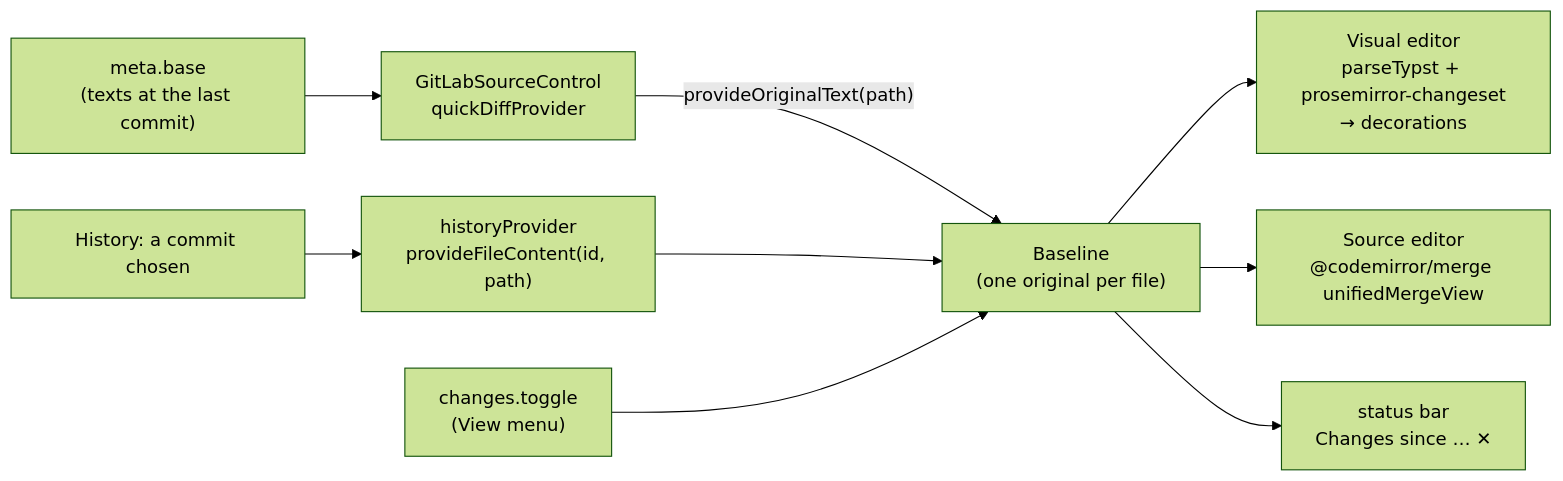
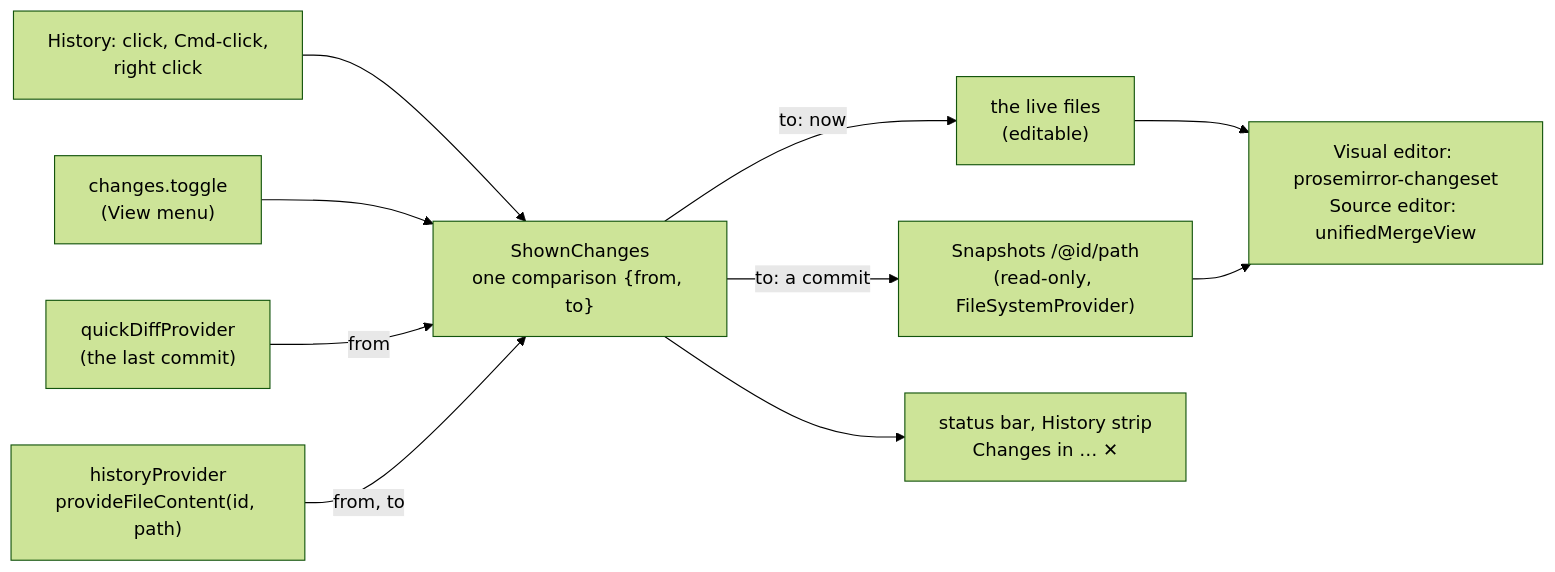
One commit to sandstorm/zwiebelfisch changed the diagram in docs/diagrams/quick-diff.mmd. Above: the diagram before and after it, drawn with Mermaid (forest theme). The commit also changed 42 other files, not shown here.

```diff
--- a/docs/diagrams/quick-diff.mmd
+++ b/docs/diagrams/quick-diff.mmd
@@ -1,9 +1,10 @@
 flowchart LR
-  B["meta.base<br/>(texts at the last commit)"] --> Q["GitLabSourceControl<br/>quickDiffProvider"]
-  H["History: a commit chosen"] --> P["historyProvider<br/>provideFileContent(id, path)"]
-  Q -- "provideOriginalText(path)" --> BL["Baseline<br/>(one original per file)"]
-  P --> BL
-  T["changes.toggle<br/>(View menu)"] --> BL
-  BL --> V["Visual editor<br/>parseTypst + prosemirror-changeset<br/>→ decorations"]
-  BL --> S["Source editor<br/>@codemirror/merge unifiedMergeView"]
-  BL --> ST["status bar<br/>Changes since … ✕"]
+  H["History: click, Cmd-click,<br/>right click"] --> C["ShownChanges<br/>one comparison {from, to}"]
+  T["changes.toggle<br/>(View menu)"] --> C
+  Q["quickDiffProvider<br/>(the last commit)"] -- "from" --> C
+  P["historyProvider<br/>provideFileContent(id, path)"] -- "from, to" --> C
+  C -- "to: now" --> L["the live files<br/>(editable)"]
+  C -- "to: a commit" --> R["Snapshots /@id/path<br/>(read-only, FileSystemProvider)"]
+  L --> E["Visual editor: prosemirror-changeset<br/>Source editor: unifiedMergeView"]
+  R --> E
+  C --> ST["status bar, History strip<br/>Changes in … ✕"]
```
